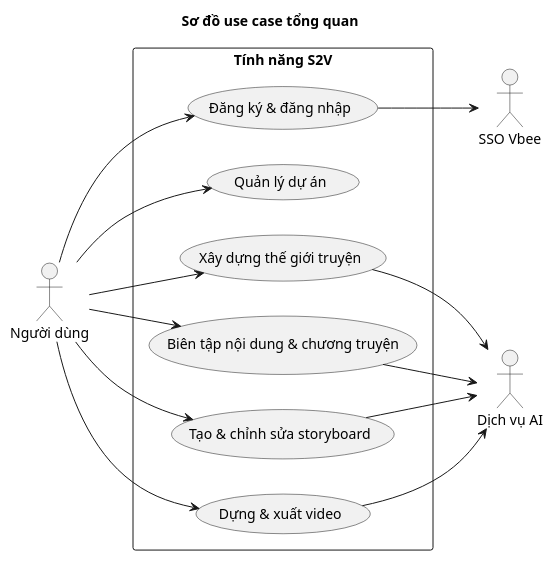
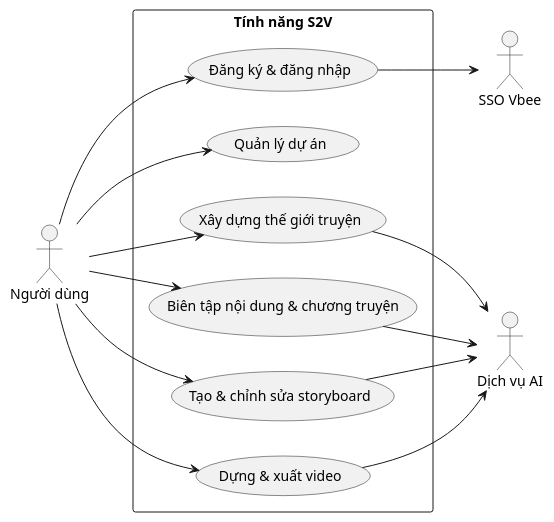
The diagram in docs/use-case-diagrams/tong-quat.puml (202416852-anhpv/story2video-docs), drawn with PlantUML before and after one commit. The commit also changed 10 other files, not shown here.

```diff
--- a/docs/use-case-diagrams/tong-quat.puml
+++ b/docs/use-case-diagrams/tong-quat.puml
@@ -1,31 +1,30 @@
 @startuml tong-quat
-title Sơ đồ use case tổng quan
 left to right direction
 
 actor "Người dùng" as User
 actor "SSO Vbee" as SSO
 actor "Dịch vụ AI" as AI_Service
 
 rectangle "Tính năng S2V" {
     usecase "Đăng ký & đăng nhập" as UC_01
     usecase "Quản lý dự án" as UC_02
     usecase "Xây dựng thế giới truyện" as UC_03
     usecase "Biên tập nội dung & chương truyện" as UC_04
     usecase "Tạo & chỉnh sửa storyboard" as UC_05
     usecase "Dựng & xuất video" as UC_06
 }
 
 User --> UC_01
 User --> UC_02
 User --> UC_03
 User --> UC_04
 User --> UC_05
 User --> UC_06
 
 UC_01 --> SSO
 UC_03 --> AI_Service
 UC_04 --> AI_Service
 UC_05 --> AI_Service
 UC_06 --> AI_Service
 
 @enduml
```
